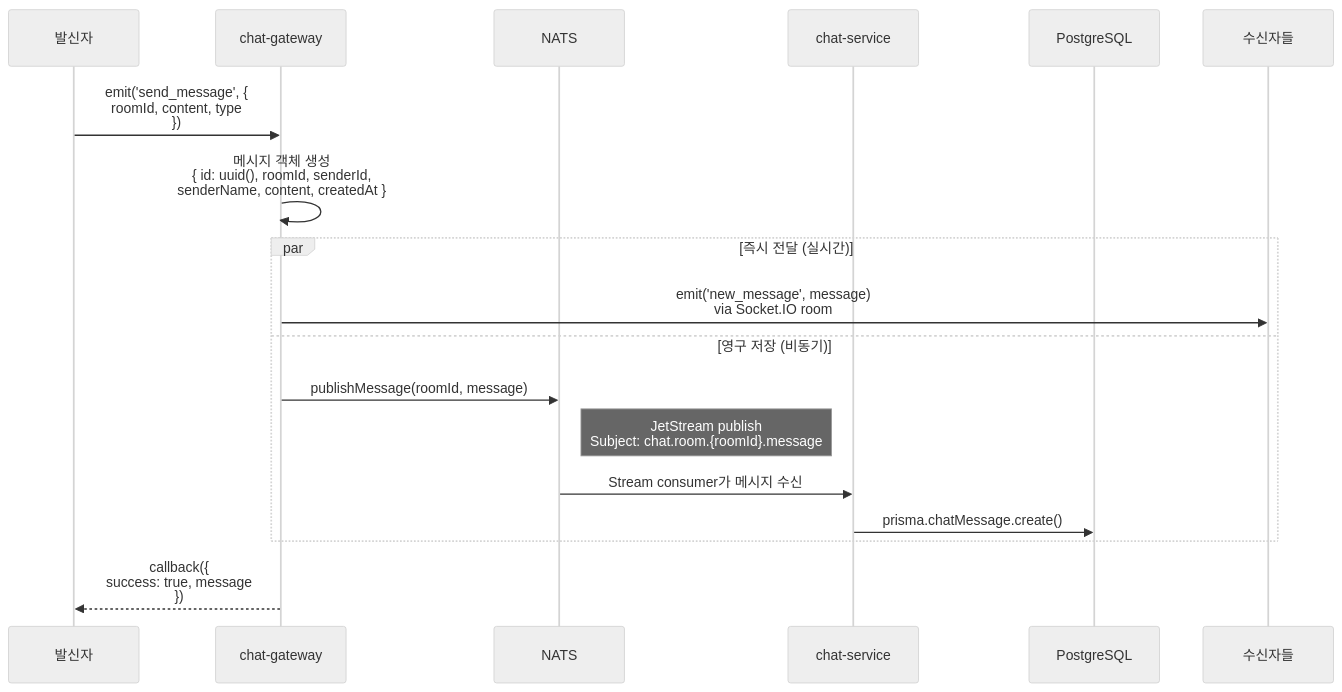
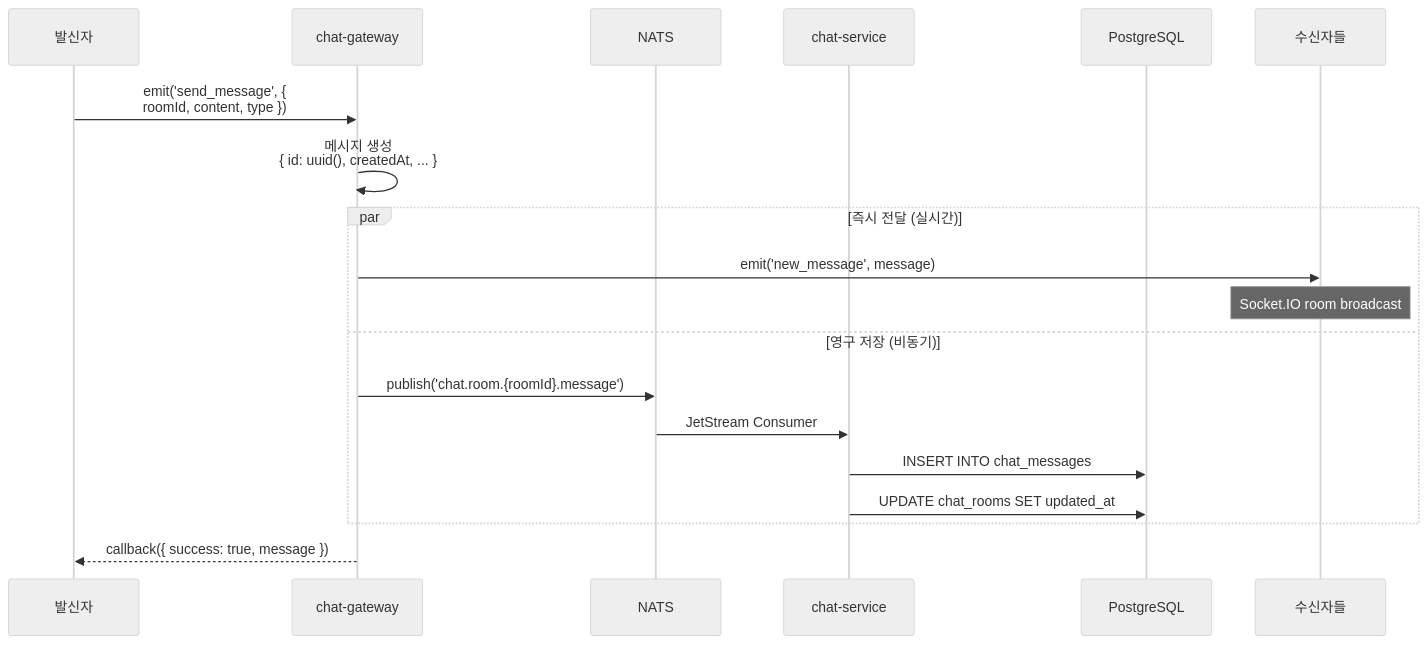
One commit to uniyous/parkgolf-platform changed the eighth of 28 diagrams in docs/CHAT_WORKFLOW.md. Above: the diagram before and after it, drawn with Mermaid (neutral theme). The commit also changed other lines of this file and 2 other files, not shown here.

````diff
--- a/docs/CHAT_WORKFLOW.md
+++ b/docs/CHAT_WORKFLOW.md
@@ -349,24 +218,25 @@
 ```mermaid
 sequenceDiagram
     participant Sender as 발신자
     participant Gateway as chat-gateway
     participant NATS
     participant Service as chat-service
     participant DB as PostgreSQL
     participant Receivers as 수신자들
 
-    Sender->>Gateway: emit('send_message', {<br/>  roomId, content, type<br/>})
+    Sender->>Gateway: emit('send_message', {<br/>roomId, content, type })
 
-    Gateway->>Gateway: 메시지 객체 생성<br/>{ id: uuid(), roomId, senderId,<br/>senderName, content, createdAt }
+    Gateway->>Gateway: 메시지 생성<br/>{ id: uuid(), createdAt, ... }
 
     par 즉시 전달 (실시간)
-        Gateway->>Receivers: emit('new_message', message)<br/>via Socket.IO room
+        Gateway->>Receivers: emit('new_message', message)
+        Note over Receivers: Socket.IO room broadcast
     and 영구 저장 (비동기)
-        Gateway->>NATS: publishMessage(roomId, message)
-        Note right of NATS: JetStream publish<br/>Subject: chat.room.{roomId}.message
-        NATS->>Service: Stream consumer가 메시지 수신
-        Service->>DB: prisma.chatMessage.create()
+        Gateway->>NATS: publish('chat.room.{roomId}.message')
+        NATS->>Service: JetStream Consumer
+        Service->>DB: INSERT INTO chat_messages
+        Service->>DB: UPDATE chat_rooms SET updated_at
     end
 
-    Gateway-->>Sender: callback({<br/>  success: true, message<br/>})
+    Gateway-->>Sender: callback({ success: true, message })
 ```
````
